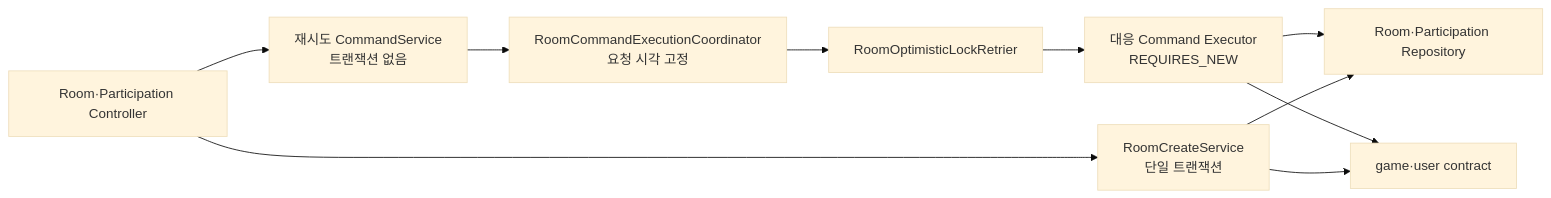
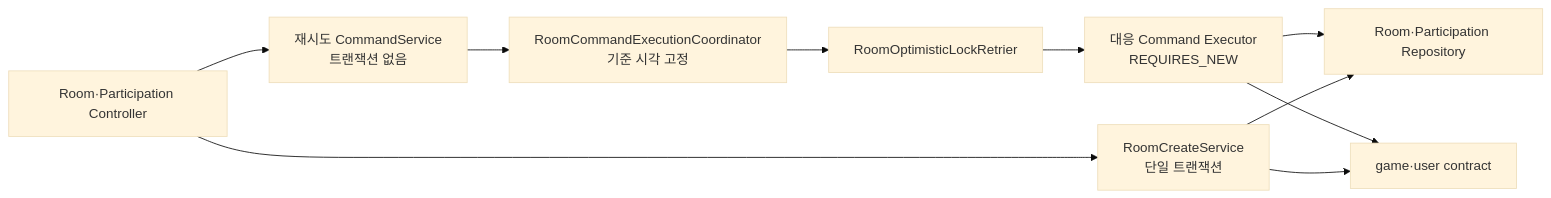
One commit to bamsongi-club/albam-mate changed the third of 3 diagrams in docs/ARCHITECTURE.md. Above: the diagram before and after it, drawn with Mermaid (base theme). The commit also changed other lines of this file and 4 other files, not shown here.

````diff
--- a/docs/ARCHITECTURE.md
+++ b/docs/ARCHITECTURE.md
@@ -156,12 +164,12 @@
 ```mermaid
 flowchart LR
     controller["Room·Participation Controller"] --> retryCommand["재시도 CommandService<br/>트랜잭션 없음"]
-    retryCommand --> coordinator["RoomCommandExecutionCoordinator<br/>요청 시각 고정"]
+    retryCommand --> coordinator["RoomCommandExecutionCoordinator<br/>기준 시각 고정"]
     coordinator --> retrier["RoomOptimisticLockRetrier"]
     retrier --> executor["대응 Command Executor<br/>REQUIRES_NEW"]
     executor --> repositories["Room·Participation Repository"]
     executor --> contracts["game·user contract"]
     controller --> create["RoomCreateService<br/>단일 트랜잭션"]
     create --> repositories
     create --> contracts
 ```
````
